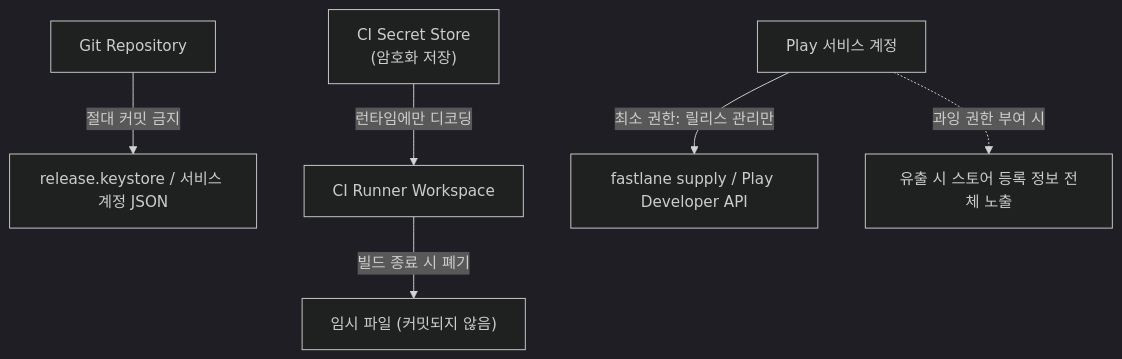
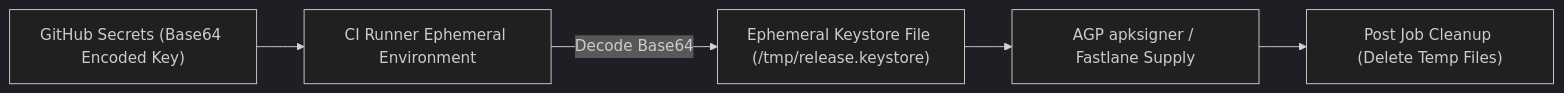
One commit to youngmin-gwon/what-i-studied changed the diagram in 01_inbox/mobile/android/03_packaging_deployment/build/ci-cd-contracts/ci-signing-and-service-account-credentials-must-stay-out-of-source-control.md. Above: the diagram before and after it, drawn with Mermaid (dark theme). The commit also changed other lines of this file and 134 other files, not shown here.

````diff
--- a/01_inbox/mobile/android/03_packaging_deployment/build/ci-cd-contracts/ci-signing-and-service-account-credentials-must-stay-out-of-source-control.md
+++ b/01_inbox/mobile/android/03_packaging_deployment/build/ci-cd-contracts/ci-signing-and-service-account-credentials-must-stay-out-of-source-control.md
@@ -28,9 +25,7 @@
 ```mermaid
-flowchart TD
-    Repo["Git Repository"] -->|절대 커밋 금지| Keystore["release.keystore / 서비스 계정 JSON"]
-    CISecret["CI Secret Store\n(암호화 저장)"] -->|런타임에만 디코딩| Runner["CI Runner Workspace"]
-    Runner -->|빌드 종료 시 폐기| Ephemeral["임시 파일 (커밋되지 않음)"]
-
-    ServiceAccount["Play 서비스 계정"] -->|최소 권한: 릴리스 관리만| Supply["fastlane supply / Play Developer API"]
-    ServiceAccount -.->|과잉 권한 부여 시| Risk["유출 시 스토어 등록 정보 전체 노출"]
+flowchart LR
+    GitHubSecret["GitHub Secrets (Base64 Encoded Key)"] --> CIRunner["CI Runner Ephemeral Environment"]
+    CIRunner -->|Decode Base64| TempKeystore["Ephemeral Keystore File (/tmp/release.keystore)"]
+    TempKeystore --> AGPSigning["AGP apksigner / Fastlane Supply"]
+    AGPSigning --> Cleanup["Post Job Cleanup (Delete Temp Files)"]
 ```
````
